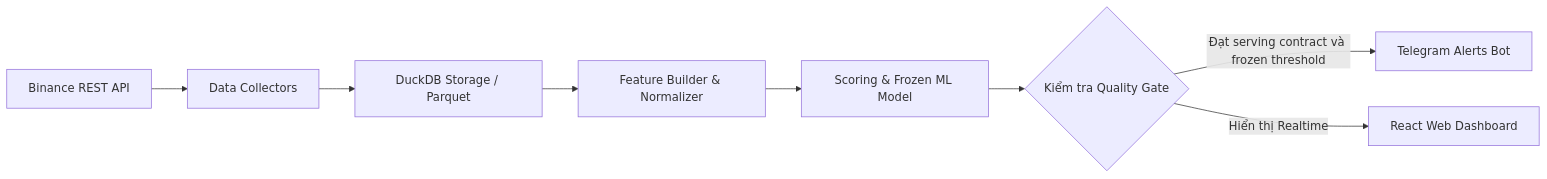
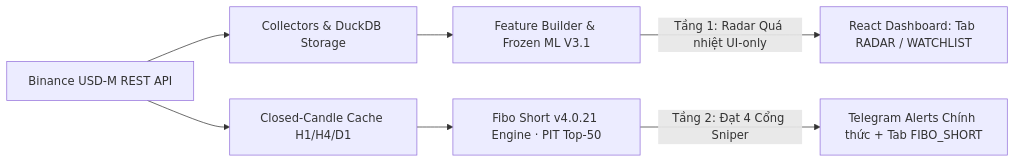
One commit to zqf20096327/ai_collect changed the diagram in data/readmes/mrcanlaco__PeakPulse-AI.md. Above: the diagram before and after it, drawn with Mermaid. The commit also changed other lines of this file and 814 other files, not shown here.

````diff
--- a/data/readmes/mrcanlaco__PeakPulse-AI.md
+++ b/data/readmes/mrcanlaco__PeakPulse-AI.md
@@ -110,10 +116,9 @@
 ```mermaid
 flowchart LR
-    A[Binance REST API] --> B[Data Collectors]
-    B --> C[DuckDB Storage / Parquet]
-    C --> D[Feature Builder & Normalizer]
-    D --> E[Scoring & Frozen ML Model]
-    E --> F{Kiểm tra Quality Gate}
-    F -->|Đạt serving contract và frozen threshold| G[Telegram Alerts Bot]
-    F -->|Hiển thị Realtime| H[React Web Dashboard]
+    A[Binance USD-M REST API] --> B[Collectors & DuckDB Storage]
+    B --> C[Feature Builder & Frozen ML V3.1]
+    C -->|Tầng 1: Radar Quá nhiệt UI-only| H[React Dashboard: Tab RADAR / WATCHLIST]
+    A --> I[Closed-Candle Cache H1/H4/D1]
+    I --> J[Fibo Short v4.0.21 Engine · PIT Top-50]
+    J -->|Tầng 2: Đạt 4 Cổng Sniper| G[Telegram Alerts Chính thức + Tab FIBO_SHORT]
 ```
````
